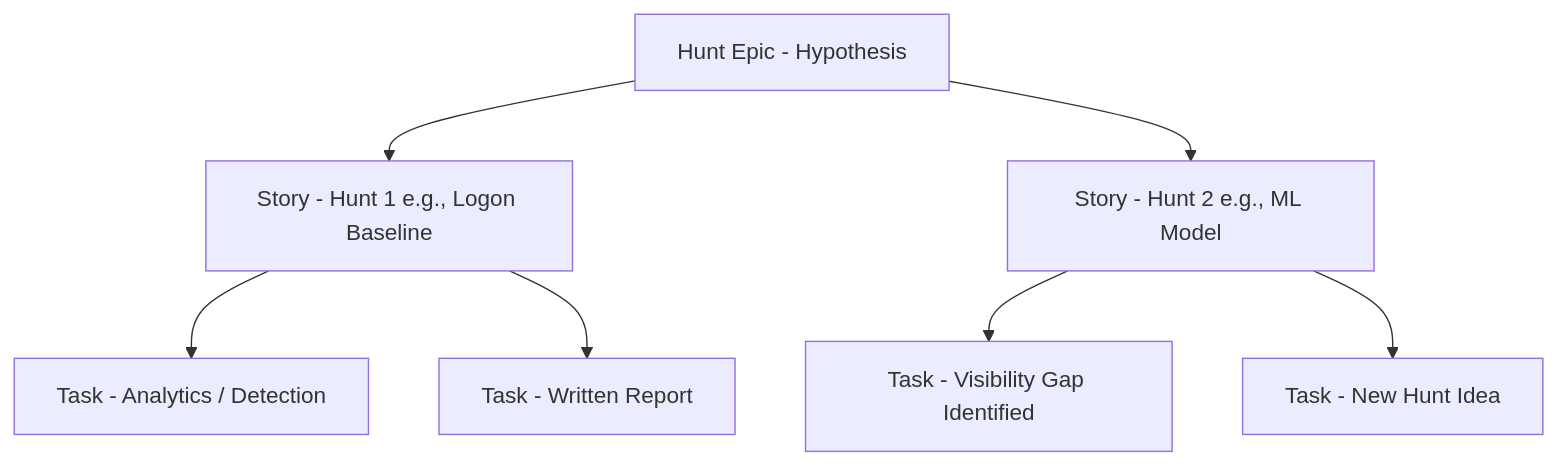
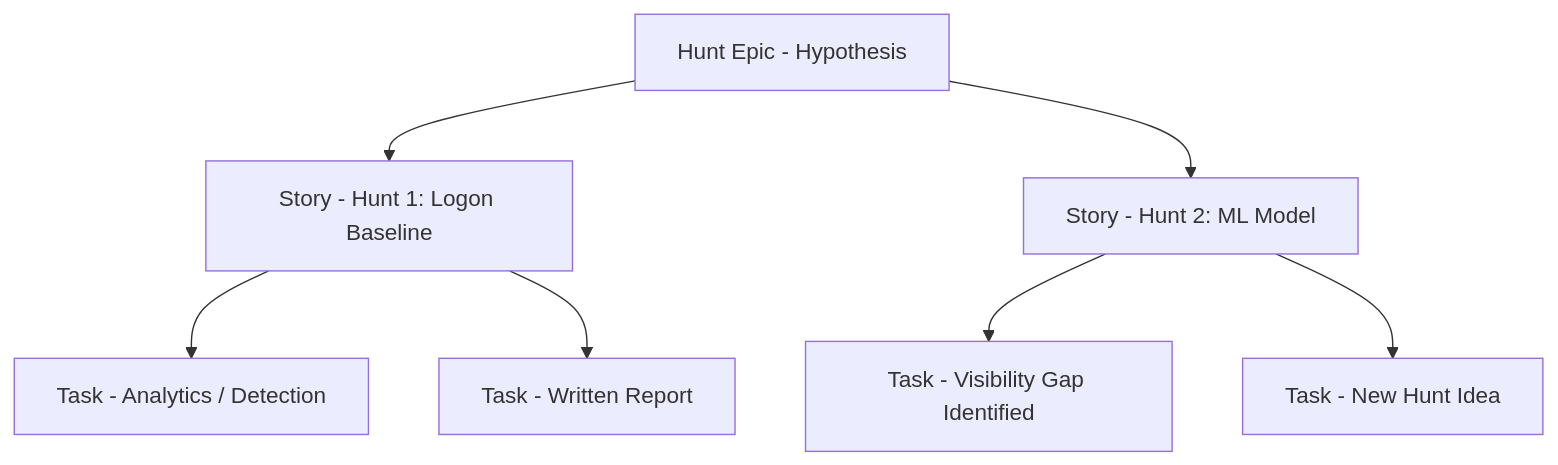
The second of 2 diagrams in README.md (sims718718/UnifiedThreatHunting), drawn with Mermaid before and after one commit. The commit also changed other lines of this file, not shown here.

````diff
--- a/README.md
+++ b/README.md
@@ -237,10 +281,10 @@
 ```mermaid
-graph TD;
-    A[Hunt Epic - Hypothesis];
-    A --> B1[Story - Hunt 1 e.g., Logon Baseline];
-    A --> B2[Story - Hunt 2 e.g., ML Model];
-    B1 --> C1[Task - Analytics / Detection];
-    B1 --> C2[Task - Written Report];
-    B2 --> C3[Task - Visibility Gap Identified];
-    B2 --> C4[Task - New Hunt Idea];
+graph TD
+    A[Hunt Epic - Hypothesis]
+    A --> B1[Story - Hunt 1: Logon Baseline]
+    A --> B2[Story - Hunt 2: ML Model]
+    B1 --> C1[Task - Analytics / Detection]
+    B1 --> C2[Task - Written Report]
+    B2 --> C3[Task - Visibility Gap Identified]
+    B2 --> C4[Task - New Hunt Idea]
 ```
````
